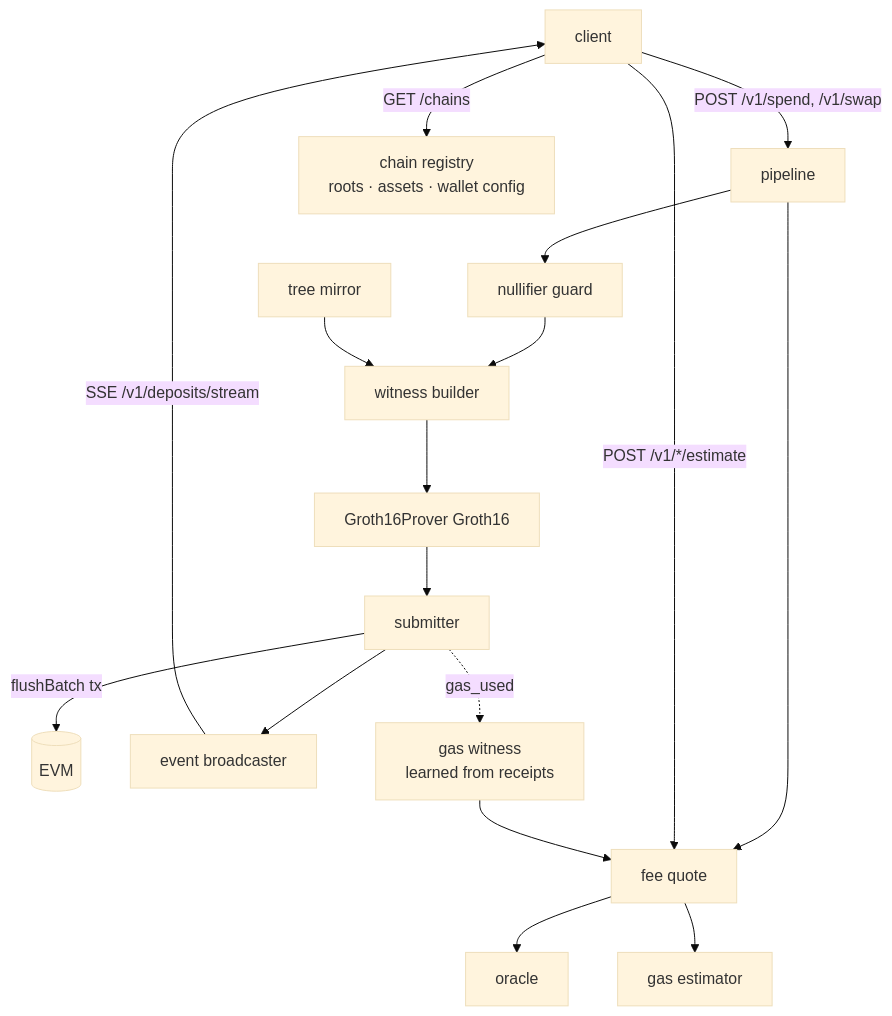
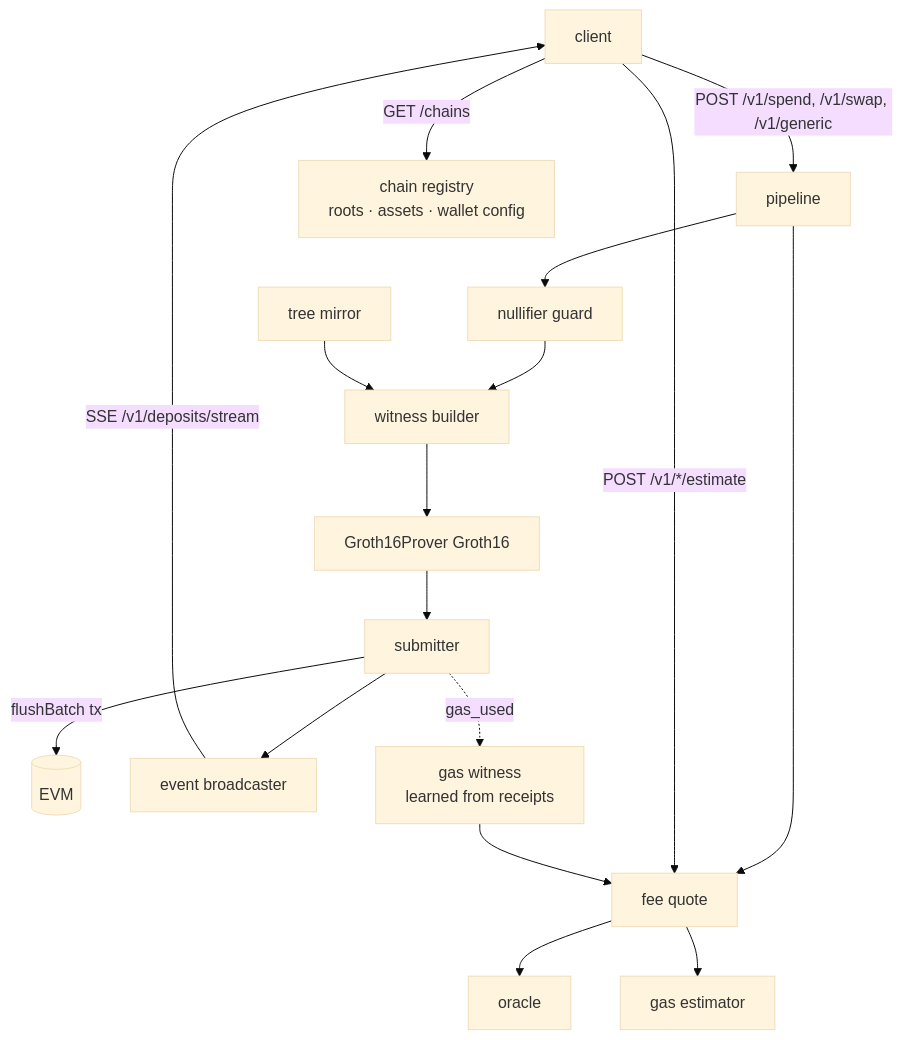
Before and after one commit to lelantos-org/backend: the fifth of 8 diagrams in README.md, drawn with Mermaid (base theme). The commit also changed 58 other files, not shown here.

````diff
--- a/README.md
+++ b/README.md
@@ -141,18 +141,18 @@
 ```mermaid
 flowchart TD
-  CL[client] -->|POST /v1/spend, /v1/swap| PIPE[pipeline]
+  CL[client] -->|POST /v1/spend, /v1/swap, /v1/generic| PIPE[pipeline]
   CL -->|GET /chains| REG[chain registry<br/>roots · assets · wallet config]
   PIPE --> NG[nullifier guard]
   NG --> W[witness builder]
   MIR[tree mirror] --> W
   W --> PR[Groth16Prover Groth16]
   PR --> SUB[submitter]
   SUB -->|flushBatch tx| EVM[(EVM)]
   PIPE --> FQ[fee quote]
   FQ --> OR[oracle] & GE[gas estimator]
   SUB --> EV[event broadcaster]
   EV -->|SSE /v1/deposits/stream| CL
   CL -->|POST /v1/*/estimate| FQ
   GW[gas witness<br/>learned from receipts] --> FQ
   SUB -.gas_used.-> GW
 ```
````
